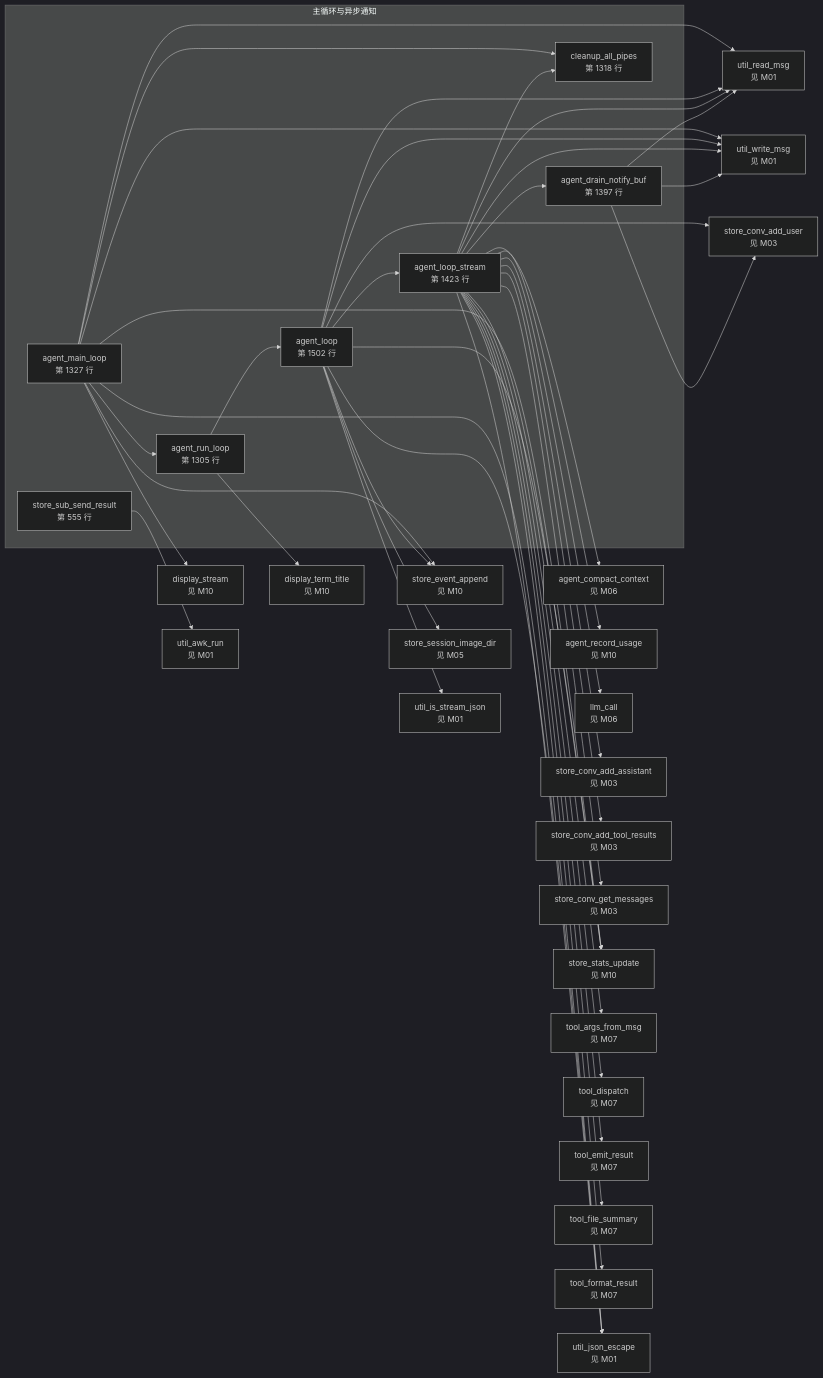
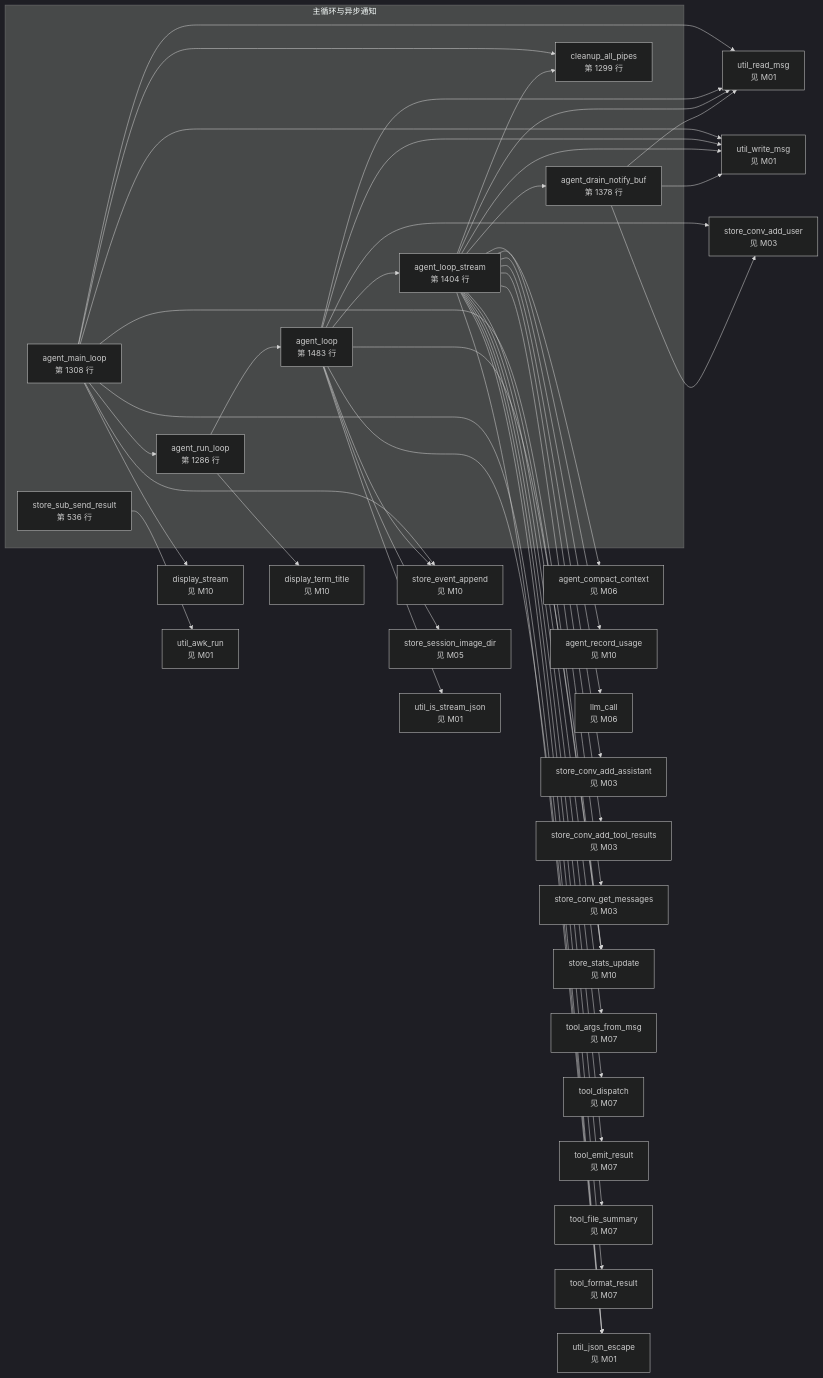
One commit to lloydzhou/bash-agent changed diagram 11 of 15 in docs/bash-data-flow.md. Above: the diagram before and after it, drawn with Mermaid (dark theme). The commit also changed other lines of this file and 3 other files, not shown here.

````diff
--- a/docs/bash-data-flow.md
+++ b/docs/bash-data-flow.md
@@ -443,74 +440,74 @@
 ```mermaid
 flowchart LR
   subgraph mod_9["主循环与异步通知"]
-    f_agent_main_loop["agent_main_loop<br/>第 1327 行"]
-    f_agent_run_loop["agent_run_loop<br/>第 1305 行"]
-    f_agent_loop["agent_loop<br/>第 1502 行"]
-    f_agent_loop_stream["agent_loop_stream<br/>第 1423 行"]
-    f_agent_drain_notify_buf["agent_drain_notify_buf<br/>第 1397 行"]
-    f_store_sub_send_result["store_sub_send_result<br/>第 555 行"]
-    f_cleanup_all_pipes["cleanup_all_pipes<br/>第 1318 行"]
+    f_agent_main_loop["agent_main_loop<br/>第 1308 行"]
+    f_agent_run_loop["agent_run_loop<br/>第 1286 行"]
+    f_agent_loop["agent_loop<br/>第 1483 行"]
+    f_agent_loop_stream["agent_loop_stream<br/>第 1404 行"]
+    f_agent_drain_notify_buf["agent_drain_notify_buf<br/>第 1378 行"]
+    f_store_sub_send_result["store_sub_send_result<br/>第 536 行"]
+    f_cleanup_all_pipes["cleanup_all_pipes<br/>第 1299 行"]
   end
   f_agent_compact_context["agent_compact_context<br/>见 M06"]
   f_agent_record_usage["agent_record_usage<br/>见 M10"]
   f_display_stream["display_stream<br/>见 M10"]
   f_display_term_title["display_term_title<br/>见 M10"]
   f_llm_call["llm_call<br/>见 M06"]
   f_store_conv_add_assistant["store_conv_add_assistant<br/>见 M03"]
   f_store_conv_add_tool_results["store_conv_add_tool_results<br/>见 M03"]
   f_store_conv_add_user["store_conv_add_user<br/>见 M03"]
   f_store_conv_get_messages["store_conv_get_messages<br/>见 M03"]
   f_store_event_append["store_event_append<br/>见 M10"]
   f_store_session_image_dir["store_session_image_dir<br/>见 M05"]
   f_store_stats_update["store_stats_update<br/>见 M10"]
   f_tool_args_from_msg["tool_args_from_msg<br/>见 M07"]
   f_tool_dispatch["tool_dispatch<br/>见 M07"]
   f_tool_emit_result["tool_emit_result<br/>见 M07"]
   f_tool_file_summary["tool_file_summary<br/>见 M07"]
   f_tool_format_result["tool_format_result<br/>见 M07"]
   f_util_awk_run["util_awk_run<br/>见 M01"]
   f_util_is_stream_json["util_is_stream_json<br/>见 M01"]
   f_util_json_escape["util_json_escape<br/>见 M01"]
   f_util_read_msg["util_read_msg<br/>见 M01"]
   f_util_write_msg["util_write_msg<br/>见 M01"]
   f_agent_main_loop --> f_util_read_msg
   f_agent_main_loop --> f_util_write_msg
   f_agent_main_loop --> f_display_stream
   f_agent_main_loop --> f_store_event_append
   f_agent_main_loop --> f_util_json_escape
   f_agent_main_loop --> f_store_stats_update
   f_agent_main_loop --> f_agent_run_loop
   f_agent_main_loop --> f_cleanup_all_pipes
   f_agent_run_loop --> f_agent_loop
   f_agent_run_loop --> f_display_term_title
   f_agent_loop --> f_store_event_append
   f_agent_loop --> f_util_json_escape
   f_agent_loop --> f_store_session_image_dir
   f_agent_loop --> f_store_conv_add_user
   f_agent_loop --> f_store_stats_update
   f_agent_loop --> f_agent_loop_stream
   f_agent_loop --> f_util_read_msg
   f_agent_loop --> f_util_is_stream_json
   f_agent_loop --> f_util_write_msg
   f_agent_loop_stream --> f_cleanup_all_pipes
   f_agent_loop_stream --> f_agent_drain_notify_buf
   f_agent_loop_stream --> f_agent_compact_context
   f_agent_loop_stream --> f_util_write_msg
   f_agent_loop_stream --> f_store_conv_get_messages
   f_agent_loop_stream --> f_llm_call
   f_agent_loop_stream --> f_util_read_msg
   f_agent_loop_stream --> f_tool_args_from_msg
   f_agent_loop_stream --> f_tool_dispatch
   f_agent_loop_stream --> f_tool_format_result
   f_agent_loop_stream --> f_tool_file_summary
   f_agent_loop_stream --> f_util_json_escape
   f_agent_loop_stream --> f_tool_emit_result
   f_agent_loop_stream --> f_agent_record_usage
   f_agent_loop_stream --> f_store_stats_update
   f_agent_loop_stream --> f_store_conv_add_assistant
   f_agent_loop_stream --> f_store_conv_add_tool_results
   f_agent_drain_notify_buf --> f_util_read_msg
   f_agent_drain_notify_buf --> f_util_write_msg
   f_agent_drain_notify_buf --> f_store_conv_add_user
   f_store_sub_send_result --> f_util_awk_run
 ```
````
